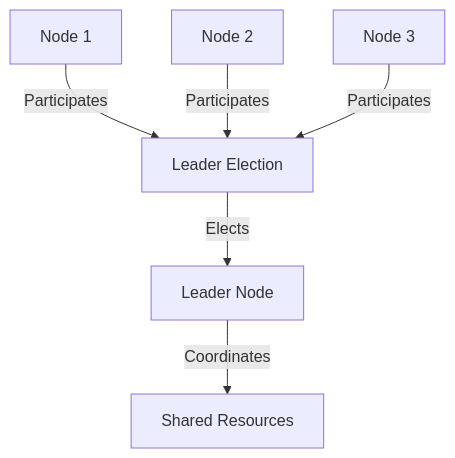
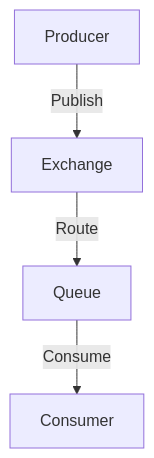
One commit to MasteryEducation/SoftwarePatternsLexicon.com changed the first of 2 diagrams in content/patterns-clojure/11/5/index.md. Above: the diagram before and after it, drawn with Mermaid. The commit also changed other lines of this file and 462 other files, not shown here.

````diff
--- a/content/patterns-clojure/11/5/index.md
+++ b/content/patterns-clojure/11/5/index.md
@@ -118,8 +212,6 @@
 ```mermaid
 graph TD;
-    A[Node 1] -->|Participates| B[Leader Election]
-    C[Node 2] -->|Participates| B
-    D[Node 3] -->|Participates| B
-    B -->|Elects| E[Leader Node]
-    E -->|Coordinates| F[Shared Resources]
+    A[Producer] -->|Publish| B[Exchange];
+    B -->|Route| C[Queue];
+    C -->|Consume| D[Consumer];
 ```
````
